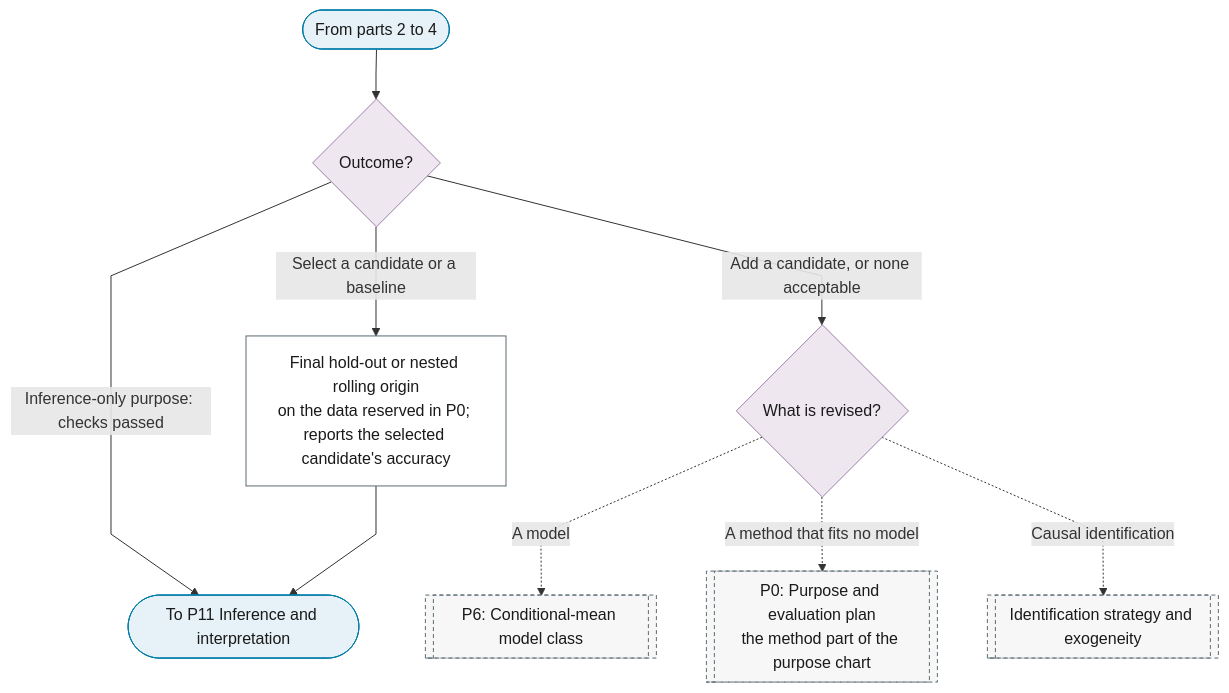
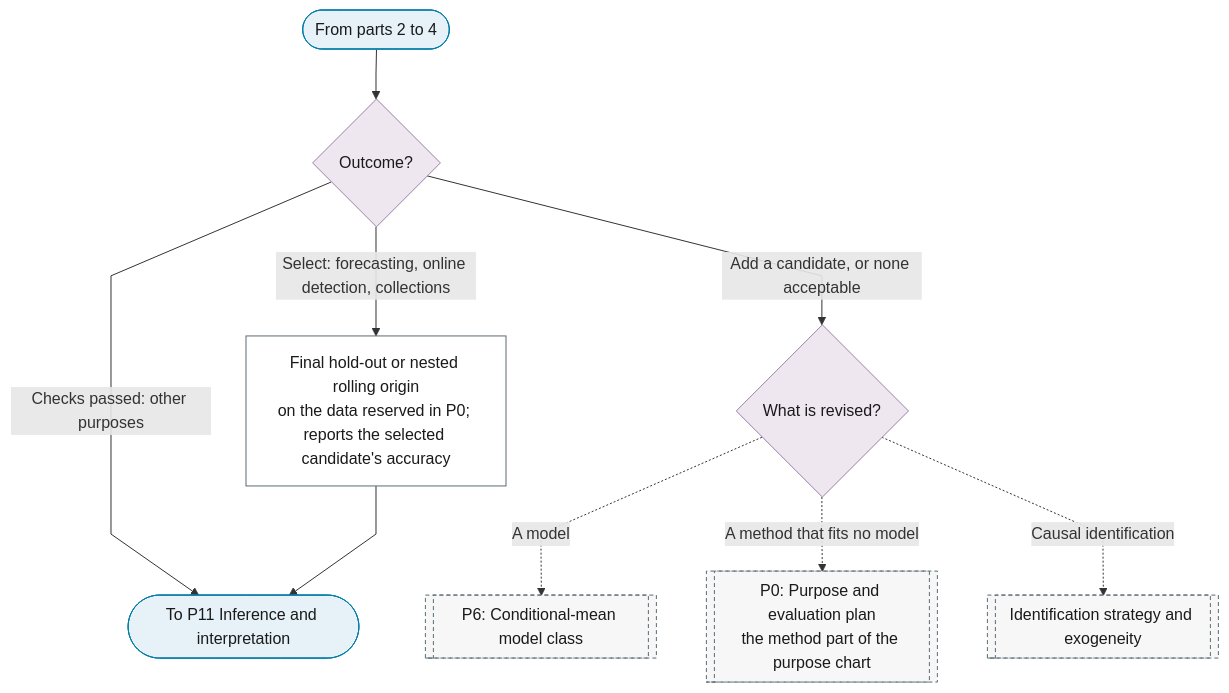
The fifth of 5 diagrams in docs/01-workflow/p10-evaluation-selection.md (Shuxin-Y/time-series-analysis-manual), drawn with Mermaid before and after one commit. The commit also changed other lines of this file and 14 other files, not shown here.

````diff
--- a/docs/01-workflow/p10-evaluation-selection.md
+++ b/docs/01-workflow/p10-evaluation-selection.md
@@ -119,24 +119,24 @@
 ```mermaid
 %%{init: {"flowchart": {"curve": "linear"}}}%%
 graph TD
     P10_PART_5_IN(["From parts 2 to 4"]) --> P10_SELECT{"Outcome?"}
-    P10_SELECT -->|"Select a candidate or a baseline"| P10_FINAL_HOLDOUT["Final hold-out or nested rolling origin<br/>on the data reserved in P0; reports the selected candidate's accuracy"]
-    P10_SELECT -->|"Inference-only purpose: checks passed"| P10_OUT
+    P10_SELECT -->|"Select: forecasting, online detection, collections"| P10_FINAL_HOLDOUT["Final hold-out or nested rolling origin<br/>on the data reserved in P0; reports the selected candidate's accuracy"]
+    P10_SELECT -->|"Checks passed: other purposes"| P10_OUT
     P10_SELECT -->|"Add a candidate, or none acceptable"| P10_REVISE{"What is revised?"}
     P10_REVISE -.->|"A model"| P6[["P6: Conditional-mean model class"]]
     P10_REVISE -.->|"A method that fits no model"| P0[["P0: Purpose and evaluation plan<br/>the method part of the purpose chart"]]
     P10_REVISE -.->|"Causal identification"| P0_CA_IDENTIFICATION[["Identification strategy and exogeneity"]]
     P10_FINAL_HOLDOUT --> P10_OUT(["To P11 Inference and interpretation"])
     class P10_PART_5_IN,P10_OUT terminator
     class P10_SELECT,P10_REVISE decision
     class P10_FINAL_HOLDOUT process
     class P6,P0,P0_CA_IDENTIFICATION ref
     classDef terminator fill:#E6F2F7,stroke:#007BA7,color:#1A1A1A;
     classDef process fill:#FFFFFF,stroke:#5A6B73,color:#1A1A1A;
     classDef decision fill:#EFE7F0,stroke:#9B7FA7,color:#1A1A1A;
     classDef data fill:#FFF4E0,stroke:#C9A55E,color:#1A1A1A;
     classDef good fill:#DCEFD8,stroke:#4A7A3F,color:#1A1A1A;
     classDef escalate fill:#FFE9C2,stroke:#C9A55E,color:#1A1A1A;
     classDef problem fill:#F2D9DE,stroke:#800020,color:#1A1A1A;
     classDef ref fill:#F7F7F7,stroke:#5A6B73,color:#1A1A1A,stroke-dasharray:4 3;
 ```
````
